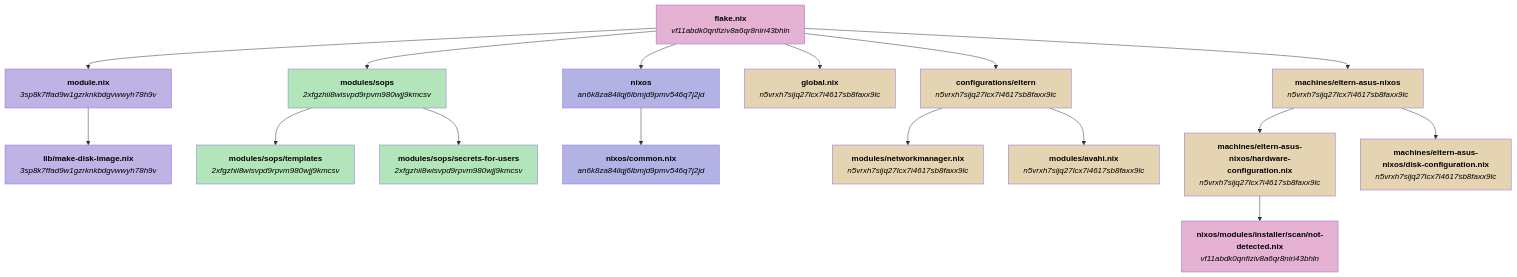
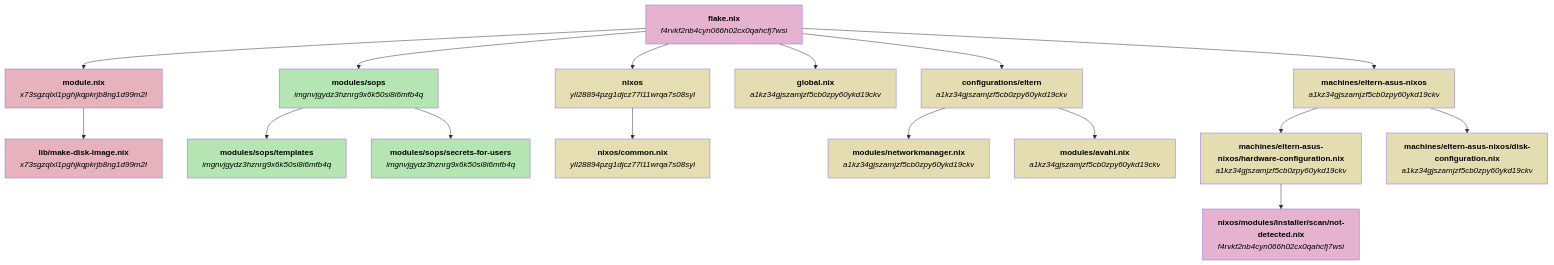
One commit to welles/nixos-config changed the first of 6 diagrams in GRAPHS.md. Above: the diagram before and after it, drawn with Mermaid. The commit also changed other lines of this file, not shown here.

Commit message:
Update configuration graphs file

````diff
--- a/GRAPHS.md
+++ b/GRAPHS.md
@@ -5,82 +5,82 @@
 ```mermaid
 flowchart TD
-    nvf11abdk0qnfiziv8a6qr8niri43bhln_flake_nix["`**flake.nix**
+    nf4rvkf2nb4cyn066h02cx0qahcfj7wsi_flake_nix["`**flake.nix**
 
-_vf11abdk0qnfiziv8a6qr8niri43bhln_`"]
-    n3sp8k7ffad9w1gzrknkbdgvwwyh78h9v_module_nix["`**module.nix**
+_f4rvkf2nb4cyn066h02cx0qahcfj7wsi_`"]
+    nx73sgzqlxl1pghjkqpkrjb8ng1d99m2f_module_nix["`**module.nix**
 
-_3sp8k7ffad9w1gzrknkbdgvwwyh78h9v_`"]
-    n3sp8k7ffad9w1gzrknkbdgvwwyh78h9v_lib_make_disk_image_nix["`**lib/make-disk-image.nix**
+_x73sgzqlxl1pghjkqpkrjb8ng1d99m2f_`"]
+    nx73sgzqlxl1pghjkqpkrjb8ng1d99m2f_lib_make_disk_image_nix["`**lib/make-disk-image.nix**
 
-_3sp8k7ffad9w1gzrknkbdgvwwyh78h9v_`"]
-    n2xfgzhii8wisvpd9rpvm980wjj9kmcsv_modules_sops["`**modules/sops**
+_x73sgzqlxl1pghjkqpkrjb8ng1d99m2f_`"]
+    nimgnvjgydz3hznrg9x6k50si8i6mfb4q_modules_sops["`**modules/sops**
 
-_2xfgzhii8wisvpd9rpvm980wjj9kmcsv_`"]
-    n2xfgzhii8wisvpd9rpvm980wjj9kmcsv_modules_sops_templates["`**modules/sops/templates**
+_imgnvjgydz3hznrg9x6k50si8i6mfb4q_`"]
+    nimgnvjgydz3hznrg9x6k50si8i6mfb4q_modules_sops_templates["`**modules/sops/templates**
 
-_2xfgzhii8wisvpd9rpvm980wjj9kmcsv_`"]
-    n2xfgzhii8wisvpd9rpvm980wjj9kmcsv_modules_sops_secrets_for_users["`**modules/sops/secrets-for-users**
+_imgnvjgydz3hznrg9x6k50si8i6mfb4q_`"]
+    nimgnvjgydz3hznrg9x6k50si8i6mfb4q_modules_sops_secrets_for_users["`**modules/sops/secrets-for-users**
 
-_2xfgzhii8wisvpd9rpvm980wjj9kmcsv_`"]
-    nan6k8za84ilqj6lbmjd9pmv546q7j2jd_nixos["`**nixos**
+_imgnvjgydz3hznrg9x6k50si8i6mfb4q_`"]
+    nyll28894pzg1djcz77l11wrqa7s08syl_nixos["`**nixos**
 
-_an6k8za84ilqj6lbmjd9pmv546q7j2jd_`"]
-    nan6k8za84ilqj6lbmjd9pmv546q7j2jd_nixos_common_nix["`**nixos/common.nix**
+_yll28894pzg1djcz77l11wrqa7s08syl_`"]
+    nyll28894pzg1djcz77l11wrqa7s08syl_nixos_common_nix["`**nixos/common.nix**
 
-_an6k8za84ilqj6lbmjd9pmv546q7j2jd_`"]
-    nn5vrxh7sijq27lcx7i4617sb8faxx9lc_global_nix["`**global.nix**
+_yll28894pzg1djcz77l11wrqa7s08syl_`"]
+    na1kz34gjszamjzf5cb0zpy60ykd19ckv_global_nix["`**global.nix**
 
-_n5vrxh7sijq27lcx7i4617sb8faxx9lc_`"]
-    nn5vrxh7sijq27lcx7i4617sb8faxx9lc_configurations_eltern["`**configurations/eltern**
+_a1kz34gjszamjzf5cb0zpy60ykd19ckv_`"]
+    na1kz34gjszamjzf5cb0zpy60ykd19ckv_configurations_eltern["`**configurations/eltern**
 
-_n5vrxh7sijq27lcx7i4617sb8faxx9lc_`"]
-    nn5vrxh7sijq27lcx7i4617sb8faxx9lc_modules_networkmanager_nix["`**modules/networkmanager.nix**
+_a1kz34gjszamjzf5cb0zpy60ykd19ckv_`"]
+    na1kz34gjszamjzf5cb0zpy60ykd19ckv_modules_networkmanager_nix["`**modules/networkmanager.nix**
 
-_n5vrxh7sijq27lcx7i4617sb8faxx9lc_`"]
-    nn5vrxh7sijq27lcx7i4617sb8faxx9lc_modules_avahi_nix["`**modules/avahi.nix**
+_a1kz34gjszamjzf5cb0zpy60ykd19ckv_`"]
+    na1kz34gjszamjzf5cb0zpy60ykd19ckv_modules_avahi_nix["`**modules/avahi.nix**
 
-_n5vrxh7sijq27lcx7i4617sb8faxx9lc_`"]
-    nn5vrxh7sijq27lcx7i4617sb8faxx9lc_machines_eltern_asus_nixos["`**machines/eltern-asus-nixos**
+_a1kz34gjszamjzf5cb0zpy60ykd19ckv_`"]
+    na1kz34gjszamjzf5cb0zpy60ykd19ckv_machines_eltern_asus_nixos["`**machines/eltern-asus-nixos**
 
-_n5vrxh7sijq27lcx7i4617sb8faxx9lc_`"]
-    nn5vrxh7sijq27lcx7i4617sb8faxx9lc_machines_eltern_asus_nixos_hardware_configuration_nix["`**machines/eltern-asus-nixos/hardware-configuration.nix**
+_a1kz34gjszamjzf5cb0zpy60ykd19ckv_`"]
+    na1kz34gjszamjzf5cb0zpy60ykd19ckv_machines_eltern_asus_nixos_hardware_configuration_nix["`**machines/eltern-asus-nixos/hardware-configuration.nix**
 
-_n5vrxh7sijq27lcx7i4617sb8faxx9lc_`"]
-    nvf11abdk0qnfiziv8a6qr8niri43bhln_nixos_modules_installer_scan_not_detected_nix["`**nixos/modules/installer/scan/not-detected.nix**
+_a1kz34gjszamjzf5cb0zpy60ykd19ckv_`"]
+    nf4rvkf2nb4cyn066h02cx0qahcfj7wsi_nixos_modules_installer_scan_not_detected_nix["`**nixos/modules/installer/scan/not-detected.nix**
 
-_vf11abdk0qnfiziv8a6qr8niri43bhln_`"]
-    nn5vrxh7sijq27lcx7i4617sb8faxx9lc_machines_eltern_asus_nixos_disk_configuration_nix["`**machines/eltern-asus-nixos/disk-configuration.nix**
+_f4rvkf2nb4cyn066h02cx0qahcfj7wsi_`"]
+    na1kz34gjszamjzf5cb0zpy60ykd19ckv_machines_eltern_asus_nixos_disk_configuration_nix["`**machines/eltern-asus-nixos/disk-configuration.nix**
 
-_n5vrxh7sijq27lcx7i4617sb8faxx9lc_`"]
-    nvf11abdk0qnfiziv8a6qr8niri43bhln_flake_nix --> n3sp8k7ffad9w1gzrknkbdgvwwyh78h9v_module_nix
-    nvf11abdk0qnfiziv8a6qr8niri43bhln_flake_nix --> n2xfgzhii8wisvpd9rpvm980wjj9kmcsv_modules_sops
-    nvf11abdk0qnfiziv8a6qr8niri43bhln_flake_nix --> nan6k8za84ilqj6lbmjd9pmv546q7j2jd_nixos
-    nvf11abdk0qnfiziv8a6qr8niri43bhln_flake_nix --> nn5vrxh7sijq27lcx7i4617sb8faxx9lc_global_nix
-    nvf11abdk0qnfiziv8a6qr8niri43bhln_flake_nix --> nn5vrxh7sijq27lcx7i4617sb8faxx9lc_configurations_eltern
-    nvf11abdk0qnfiziv8a6qr8niri43bhln_flake_nix --> nn5vrxh7sijq27lcx7i4617sb8faxx9lc_machines_eltern_asus_nixos
-    n3sp8k7ffad9w1gzrknkbdgvwwyh78h9v_module_nix --> n3sp8k7ffad9w1gzrknkbdgvwwyh78h9v_lib_make_disk_image_nix
-    n2xfgzhii8wisvpd9rpvm980wjj9kmcsv_modules_sops --> n2xfgzhii8wisvpd9rpvm980wjj9kmcsv_modules_sops_templates
-    n2xfgzhii8wisvpd9rpvm980wjj9kmcsv_modules_sops --> n2xfgzhii8wisvpd9rpvm980wjj9kmcsv_modules_sops_secrets_for_users
-    nan6k8za84ilqj6lbmjd9pmv546q7j2jd_nixos --> nan6k8za84ilqj6lbmjd9pmv546q7j2jd_nixos_common_nix
-    nn5vrxh7sijq27lcx7i4617sb8faxx9lc_configurations_eltern --> nn5vrxh7sijq27lcx7i4617sb8faxx9lc_modules_networkmanager_nix
-    nn5vrxh7sijq27lcx7i4617sb8faxx9lc_configurations_eltern --> nn5vrxh7sijq27lcx7i4617sb8faxx9lc_modules_avahi_nix
-    nn5vrxh7sijq27lcx7i4617sb8faxx9lc_machines_eltern_asus_nixos --> nn5vrxh7sijq27lcx7i4617sb8faxx9lc_machines_eltern_asus_nixos_hardware_configuration_nix
-    nn5vrxh7sijq27lcx7i4617sb8faxx9lc_machines_eltern_asus_nixos --> nn5vrxh7sijq27lcx7i4617sb8faxx9lc_machines_eltern_asus_nixos_disk_configuration_nix
-    nn5vrxh7sijq27lcx7i4617sb8faxx9lc_machines_eltern_asus_nixos_hardware_configuration_nix --> nvf11abdk0qnfiziv8a6qr8niri43bhln_nixos_modules_installer_scan_not_detected_nix
-    style nvf11abdk0qnfiziv8a6qr8niri43bhln_flake_nix fill:#e5b2d3,color:#000000
-    style n3sp8k7ffad9w1gzrknkbdgvwwyh78h9v_module_nix fill:#bfb2e5,color:#000000
-    style n3sp8k7ffad9w1gzrknkbdgvwwyh78h9v_lib_make_disk_image_nix fill:#bfb2e5,color:#000000
-    style n2xfgzhii8wisvpd9rpvm980wjj9kmcsv_modules_sops fill:#b2e5b9,color:#000000
-    style n2xfgzhii8wisvpd9rpvm980wjj9kmcsv_modules_sops_templates fill:#b2e5b9,color:#000000
-    style n2xfgzhii8wisvpd9rpvm980wjj9kmcsv_modules_sops_secrets_for_users fill:#b2e5b9,color:#000000
-    style nan6k8za84ilqj6lbmjd9pmv546q7j2jd_nixos fill:#b2b2e5,color:#000000
-    style nan6k8za84ilqj6lbmjd9pmv546q7j2jd_nixos_common_nix fill:#b2b2e5,color:#000000
-    style nn5vrxh7sijq27lcx7i4617sb8faxx9lc_global_nix fill:#e5d4b2,color:#000000
-    style nn5vrxh7sijq27lcx7i4617sb8faxx9lc_configurations_eltern fill:#e5d4b2,color:#000000
-    style nn5vrxh7sijq27lcx7i4617sb8faxx9lc_modules_networkmanager_nix fill:#e5d4b2,color:#000000
-    style nn5vrxh7sijq27lcx7i4617sb8faxx9lc_modules_avahi_nix fill:#e5d4b2,color:#000000
-    style nn5vrxh7sijq27lcx7i4617sb8faxx9lc_machines_eltern_asus_nixos fill:#e5d4b2,color:#000000
-    style nn5vrxh7sijq27lcx7i4617sb8faxx9lc_machines_eltern_asus_nixos_hardware_configuration_nix fill:#e5d4b2,color:#000000
-    style nvf11abdk0qnfiziv8a6qr8niri43bhln_nixos_modules_installer_scan_not_detected_nix fill:#e5b2d3,color:#000000
-    style nn5vrxh7sijq27lcx7i4617sb8faxx9lc_machines_eltern_asus_nixos_disk_configuration_nix fill:#e5d4b2,color:#000000
+_a1kz34gjszamjzf5cb0zpy60ykd19ckv_`"]
+    nf4rvkf2nb4cyn066h02cx0qahcfj7wsi_flake_nix --> nx73sgzqlxl1pghjkqpkrjb8ng1d99m2f_module_nix
+    nf4rvkf2nb4cyn066h02cx0qahcfj7wsi_flake_nix --> nimgnvjgydz3hznrg9x6k50si8i6mfb4q_modules_sops
+    nf4rvkf2nb4cyn066h02cx0qahcfj7wsi_flake_nix --> nyll28894pzg1djcz77l11wrqa7s08syl_nixos
+    nf4rvkf2nb4cyn066h02cx0qahcfj7wsi_flake_nix --> na1kz34gjszamjzf5cb0zpy60ykd19ckv_global_nix
+    nf4rvkf2nb4cyn066h02cx0qahcfj7wsi_flake_nix --> na1kz34gjszamjzf5cb0zpy60ykd19ckv_configurations_eltern
+    nf4rvkf2nb4cyn066h02cx0qahcfj7wsi_flake_nix --> na1kz34gjszamjzf5cb0zpy60ykd19ckv_machines_eltern_asus_nixos
+    nx73sgzqlxl1pghjkqpkrjb8ng1d99m2f_module_nix --> nx73sgzqlxl1pghjkqpkrjb8ng1d99m2f_lib_make_disk_image_nix
+    nimgnvjgydz3hznrg9x6k50si8i6mfb4q_modules_sops --> nimgnvjgydz3hznrg9x6k50si8i6mfb4q_modules_sops_templates
+    nimgnvjgydz3hznrg9x6k50si8i6mfb4q_modules_sops --> nimgnvjgydz3hznrg9x6k50si8i6mfb4q_modules_sops_secrets_for_users
+    nyll28894pzg1djcz77l11wrqa7s08syl_nixos --> nyll28894pzg1djcz77l11wrqa7s08syl_nixos_common_nix
+    na1kz34gjszamjzf5cb0zpy60ykd19ckv_configurations_eltern --> na1kz34gjszamjzf5cb0zpy60ykd19ckv_modules_networkmanager_nix
+    na1kz34gjszamjzf5cb0zpy60ykd19ckv_configurations_eltern --> na1kz34gjszamjzf5cb0zpy60ykd19ckv_modules_avahi_nix
+    na1kz34gjszamjzf5cb0zpy60ykd19ckv_machines_eltern_asus_nixos --> na1kz34gjszamjzf5cb0zpy60ykd19ckv_machines_eltern_asus_nixos_hardware_configuration_nix
+    na1kz34gjszamjzf5cb0zpy60ykd19ckv_machines_eltern_asus_nixos --> na1kz34gjszamjzf5cb0zpy60ykd19ckv_machines_eltern_asus_nixos_disk_configuration_nix
+    na1kz34gjszamjzf5cb0zpy60ykd19ckv_machines_eltern_asus_nixos_hardware_configuration_nix --> nf4rvkf2nb4cyn066h02cx0qahcfj7wsi_nixos_modules_installer_scan_not_detected_nix
+    style nf4rvkf2nb4cyn066h02cx0qahcfj7wsi_flake_nix fill:#e5b2cf,color:#000000
+    style nx73sgzqlxl1pghjkqpkrjb8ng1d99m2f_module_nix fill:#e5b2be,color:#000000
+    style nx73sgzqlxl1pghjkqpkrjb8ng1d99m2f_lib_make_disk_image_nix fill:#e5b2be,color:#000000
+    style nimgnvjgydz3hznrg9x6k50si8i6mfb4q_modules_sops fill:#b5e5b2,color:#000000
+    style nimgnvjgydz3hznrg9x6k50si8i6mfb4q_modules_sops_templates fill:#b5e5b2,color:#000000
+    style nimgnvjgydz3hznrg9x6k50si8i6mfb4q_modules_sops_secrets_for_users fill:#b5e5b2,color:#000000
+    style nyll28894pzg1djcz77l11wrqa7s08syl_nixos fill:#e5deb2,color:#000000
+    style nyll28894pzg1djcz77l11wrqa7s08syl_nixos_common_nix fill:#e5deb2,color:#000000
+    style na1kz34gjszamjzf5cb0zpy60ykd19ckv_global_nix fill:#e5ddb2,color:#000000
+    style na1kz34gjszamjzf5cb0zpy60ykd19ckv_configurations_eltern fill:#e5ddb2,color:#000000
+    style na1kz34gjszamjzf5cb0zpy60ykd19ckv_modules_networkmanager_nix fill:#e5ddb2,color:#000000
+    style na1kz34gjszamjzf5cb0zpy60ykd19ckv_modules_avahi_nix fill:#e5ddb2,color:#000000
+    style na1kz34gjszamjzf5cb0zpy60ykd19ckv_machines_eltern_asus_nixos fill:#e5ddb2,color:#000000
+    style na1kz34gjszamjzf5cb0zpy60ykd19ckv_machines_eltern_asus_nixos_hardware_configuration_nix fill:#e5ddb2,color:#000000
+    style nf4rvkf2nb4cyn066h02cx0qahcfj7wsi_nixos_modules_installer_scan_not_detected_nix fill:#e5b2cf,color:#000000
+    style na1kz34gjszamjzf5cb0zpy60ykd19ckv_machines_eltern_asus_nixos_disk_configuration_nix fill:#e5ddb2,color:#000000
 ```
````
